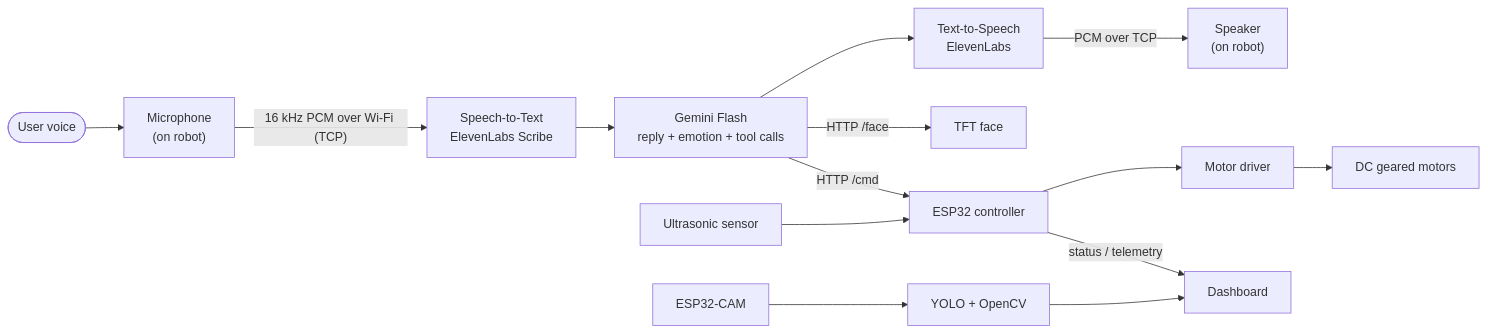
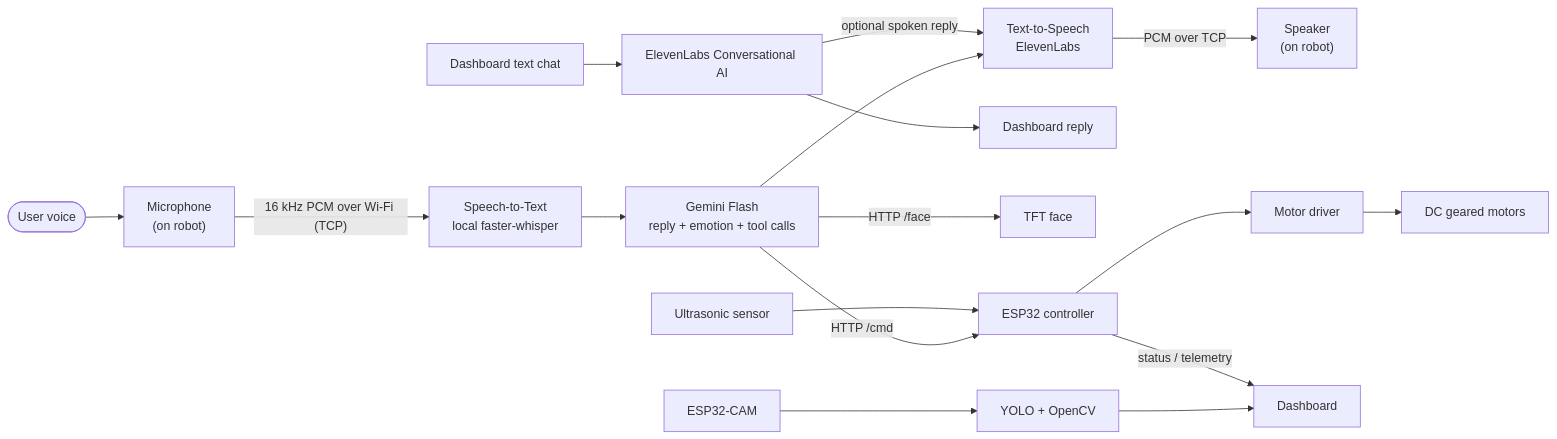
The diagram in README.md (winterhell823/AiCompanionRobot), drawn with Mermaid before and after one commit. The commit also changed other lines of this file and 26 other files, not shown here.

````diff
--- a/README.md
+++ b/README.md
@@ -62,14 +62,17 @@
 ```mermaid
 flowchart LR
     U(["User voice"]) --> MIC["Microphone<br/>(on robot)"]
-    MIC -- "16 kHz PCM over Wi-Fi (TCP)" --> STT["Speech-to-Text<br/>ElevenLabs Scribe"]
+    MIC -- "16 kHz PCM over Wi-Fi (TCP)" --> STT["Speech-to-Text<br/>local faster-whisper"]
     STT --> LLM["Gemini Flash<br/>reply + emotion + tool calls"]
     LLM --> TTS["Text-to-Speech<br/>ElevenLabs"]
     TTS -- "PCM over TCP" --> SPK["Speaker<br/>(on robot)"]
+    CHAT["Dashboard text chat"] --> AGENT["ElevenLabs Conversational AI"]
+    AGENT --> UI["Dashboard reply"]
+    AGENT -- "optional spoken reply" --> TTS
     LLM -- "HTTP /face" --> TFT["TFT face"]
     LLM -- "HTTP /cmd" --> ESP["ESP32 controller"]
     ESP --> MD["Motor driver"] --> MOT["DC geared motors"]
     SENS["Ultrasonic sensor"] --> ESP
     CAM["ESP32-CAM"] --> CV["YOLO + OpenCV"] --> DASH["Dashboard"]
     ESP -- "status / telemetry" --> DASH
 ```
````
